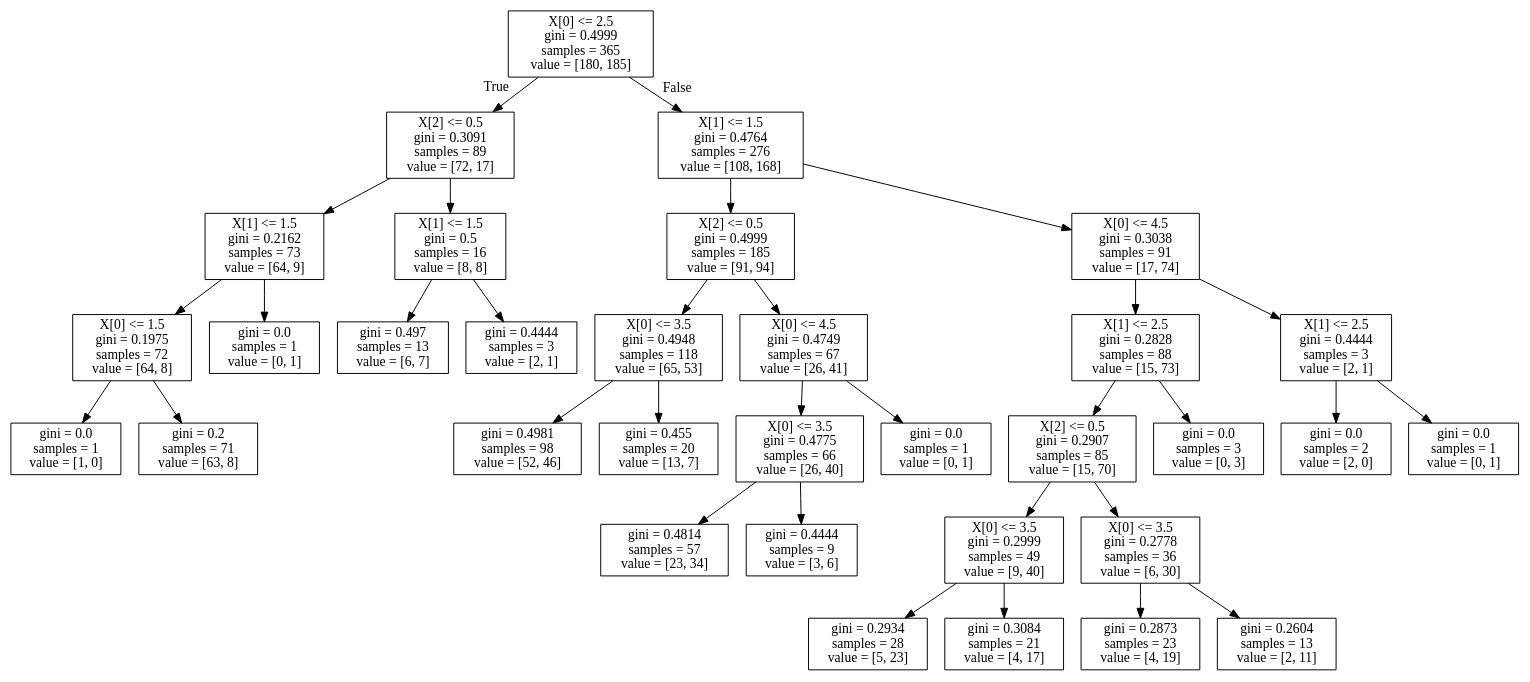
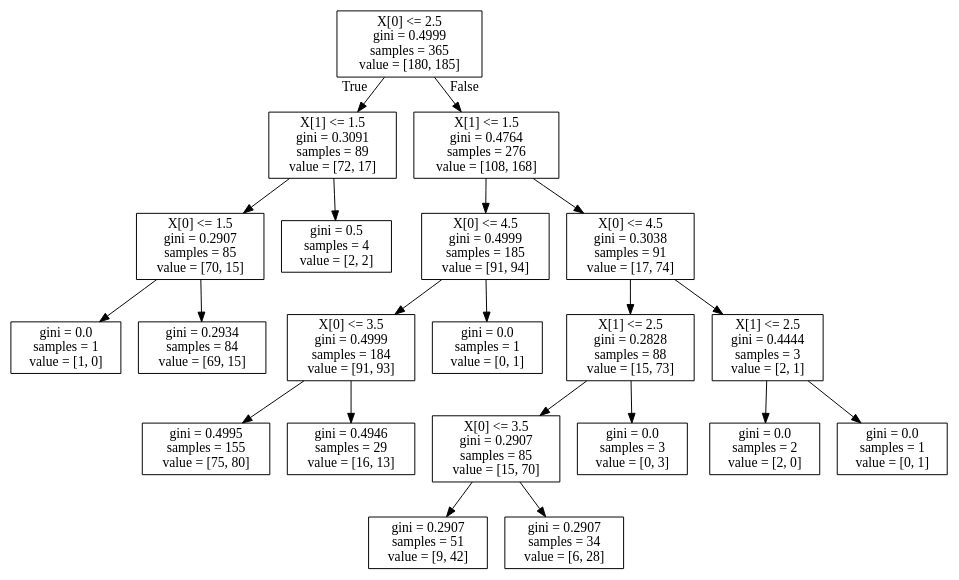
The diagram in hw4/tree.dot (gfpeltier/EE361M), drawn with Graphviz before and after one commit. The commit also changed 3 other files, not shown here.

```diff
--- a/hw4/tree.dot
+++ b/hw4/tree.dot
@@ -1,68 +1,44 @@
 digraph Tree {
 node [shape=box] ;
 0 [label="X[0] <= 2.5\ngini = 0.4999\nsamples = 365\nvalue = [180, 185]"] ;
-1 [label="X[2] <= 0.5\ngini = 0.3091\nsamples = 89\nvalue = [72, 17]"] ;
+1 [label="X[1] <= 1.5\ngini = 0.3091\nsamples = 89\nvalue = [72, 17]"] ;
 0 -> 1 [labeldistance=2.5, labelangle=45, headlabel="True"] ;
-2 [label="X[1] <= 1.5\ngini = 0.2162\nsamples = 73\nvalue = [64, 9]"] ;
+2 [label="X[0] <= 1.5\ngini = 0.2907\nsamples = 85\nvalue = [70, 15]"] ;
 1 -> 2 ;
-3 [label="X[0] <= 1.5\ngini = 0.1975\nsamples = 72\nvalue = [64, 8]"] ;
+3 [label="gini = 0.0\nsamples = 1\nvalue = [1, 0]"] ;
 2 -> 3 ;
-4 [label="gini = 0.0\nsamples = 1\nvalue = [1, 0]"] ;
-3 -> 4 ;
-5 [label="gini = 0.2\nsamples = 71\nvalue = [63, 8]"] ;
-3 -> 5 ;
-6 [label="gini = 0.0\nsamples = 1\nvalue = [0, 1]"] ;
-2 -> 6 ;
-7 [label="X[1] <= 1.5\ngini = 0.5\nsamples = 16\nvalue = [8, 8]"] ;
-1 -> 7 ;
-8 [label="gini = 0.497\nsamples = 13\nvalue = [6, 7]"] ;
+4 [label="gini = 0.2934\nsamples = 84\nvalue = [69, 15]"] ;
+2 -> 4 ;
+5 [label="gini = 0.5\nsamples = 4\nvalue = [2, 2]"] ;
+1 -> 5 ;
+6 [label="X[1] <= 1.5\ngini = 0.4764\nsamples = 276\nvalue = [108, 168]"] ;
+0 -> 6 [labeldistance=2.5, labelangle=-45, headlabel="False"] ;
+7 [label="X[0] <= 4.5\ngini = 0.4999\nsamples = 185\nvalue = [91, 94]"] ;
+6 -> 7 ;
+8 [label="X[0] <= 3.5\ngini = 0.4999\nsamples = 184\nvalue = [91, 93]"] ;
 7 -> 8 ;
-9 [label="gini = 0.4444\nsamples = 3\nvalue = [2, 1]"] ;
-7 -> 9 ;
-10 [label="X[1] <= 1.5\ngini = 0.4764\nsamples = 276\nvalue = [108, 168]"] ;
-0 -> 10 [labeldistance=2.5, labelangle=-45, headlabel="False"] ;
-11 [label="X[2] <= 0.5\ngini = 0.4999\nsamples = 185\nvalue = [91, 94]"] ;
-10 -> 11 ;
-12 [label="X[0] <= 3.5\ngini = 0.4948\nsamples = 118\nvalue = [65, 53]"] ;
-11 -> 12 ;
-13 [label="gini = 0.4981\nsamples = 98\nvalue = [52, 46]"] ;
+9 [label="gini = 0.4995\nsamples = 155\nvalue = [75, 80]"] ;
+8 -> 9 ;
+10 [label="gini = 0.4946\nsamples = 29\nvalue = [16, 13]"] ;
+8 -> 10 ;
+11 [label="gini = 0.0\nsamples = 1\nvalue = [0, 1]"] ;
+7 -> 11 ;
+12 [label="X[0] <= 4.5\ngini = 0.3038\nsamples = 91\nvalue = [17, 74]"] ;
+6 -> 12 ;
+13 [label="X[1] <= 2.5\ngini = 0.2828\nsamples = 88\nvalue = [15, 73]"] ;
 12 -> 13 ;
-14 [label="gini = 0.455\nsamples = 20\nvalue = [13, 7]"] ;
-12 -> 14 ;
-15 [label="X[0] <= 4.5\ngini = 0.4749\nsamples = 67\nvalue = [26, 41]"] ;
-11 -> 15 ;
-16 [label="X[0] <= 3.5\ngini = 0.4775\nsamples = 66\nvalue = [26, 40]"] ;
-15 -> 16 ;
-17 [label="gini = 0.4814\nsamples = 57\nvalue = [23, 34]"] ;
-16 -> 17 ;
-18 [label="gini = 0.4444\nsamples = 9\nvalue = [3, 6]"] ;
-16 -> 18 ;
-19 [label="gini = 0.0\nsamples = 1\nvalue = [0, 1]"] ;
-15 -> 19 ;
-20 [label="X[0] <= 4.5\ngini = 0.3038\nsamples = 91\nvalue = [17, 74]"] ;
-10 -> 20 ;
-21 [label="X[1] <= 2.5\ngini = 0.2828\nsamples = 88\nvalue = [15, 73]"] ;
-20 -> 21 ;
-22 [label="X[2] <= 0.5\ngini = 0.2907\nsamples = 85\nvalue = [15, 70]"] ;
-21 -> 22 ;
-23 [label="X[0] <= 3.5\ngini = 0.2999\nsamples = 49\nvalue = [9, 40]"] ;
-22 -> 23 ;
-24 [label="gini = 0.2934\nsamples = 28\nvalue = [5, 23]"] ;
-23 -> 24 ;
-25 [label="gini = 0.3084\nsamples = 21\nvalue = [4, 17]"] ;
-23 -> 25 ;
-26 [label="X[0] <= 3.5\ngini = 0.2778\nsamples = 36\nvalue = [6, 30]"] ;
-22 -> 26 ;
-27 [label="gini = 0.2873\nsamples = 23\nvalue = [4, 19]"] ;
-26 -> 27 ;
-28 [label="gini = 0.2604\nsamples = 13\nvalue = [2, 11]"] ;
-26 -> 28 ;
-29 [label="gini = 0.0\nsamples = 3\nvalue = [0, 3]"] ;
-21 -> 29 ;
-30 [label="X[1] <= 2.5\ngini = 0.4444\nsamples = 3\nvalue = [2, 1]"] ;
-20 -> 30 ;
-31 [label="gini = 0.0\nsamples = 2\nvalue = [2, 0]"] ;
-30 -> 31 ;
-32 [label="gini = 0.0\nsamples = 1\nvalue = [0, 1]"] ;
-30 -> 32 ;
+14 [label="X[0] <= 3.5\ngini = 0.2907\nsamples = 85\nvalue = [15, 70]"] ;
+13 -> 14 ;
+15 [label="gini = 0.2907\nsamples = 51\nvalue = [9, 42]"] ;
+14 -> 15 ;
+16 [label="gini = 0.2907\nsamples = 34\nvalue = [6, 28]"] ;
+14 -> 16 ;
+17 [label="gini = 0.0\nsamples = 3\nvalue = [0, 3]"] ;
+13 -> 17 ;
+18 [label="X[1] <= 2.5\ngini = 0.4444\nsamples = 3\nvalue = [2, 1]"] ;
+12 -> 18 ;
+19 [label="gini = 0.0\nsamples = 2\nvalue = [2, 0]"] ;
+18 -> 19 ;
+20 [label="gini = 0.0\nsamples = 1\nvalue = [0, 1]"] ;
+18 -> 20 ;
 }
```
